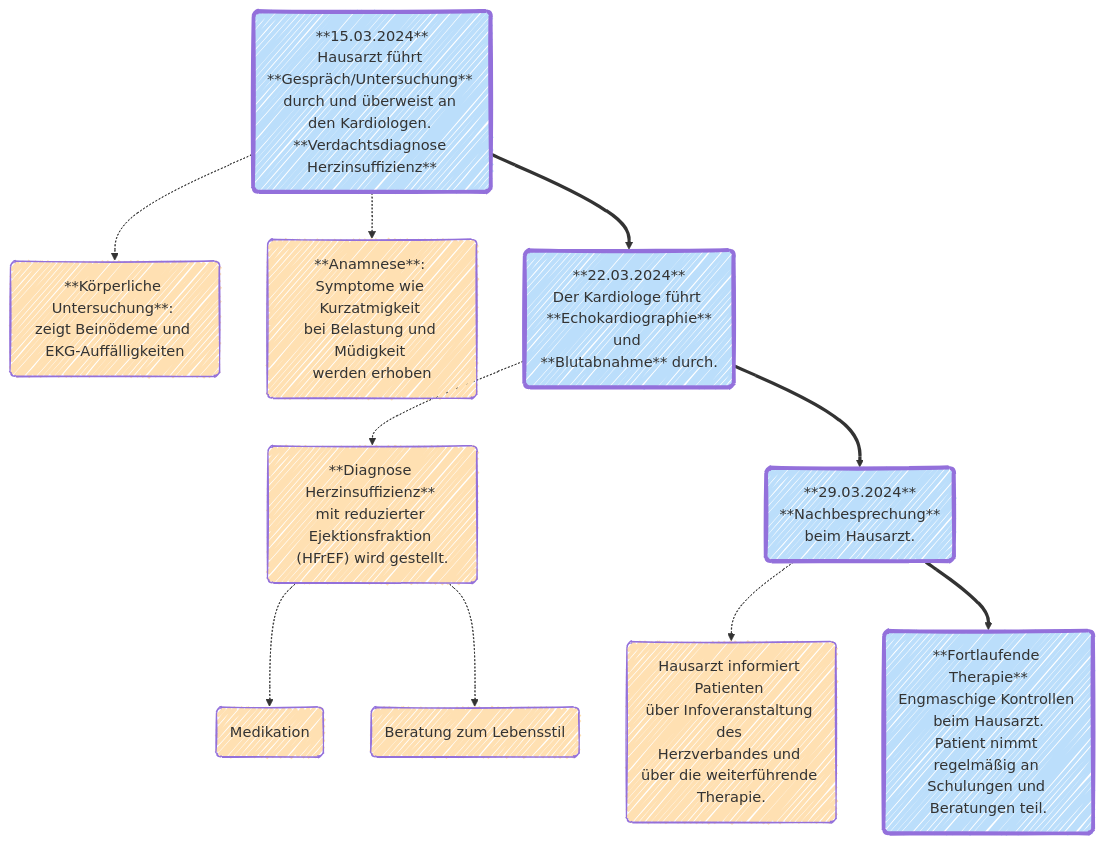
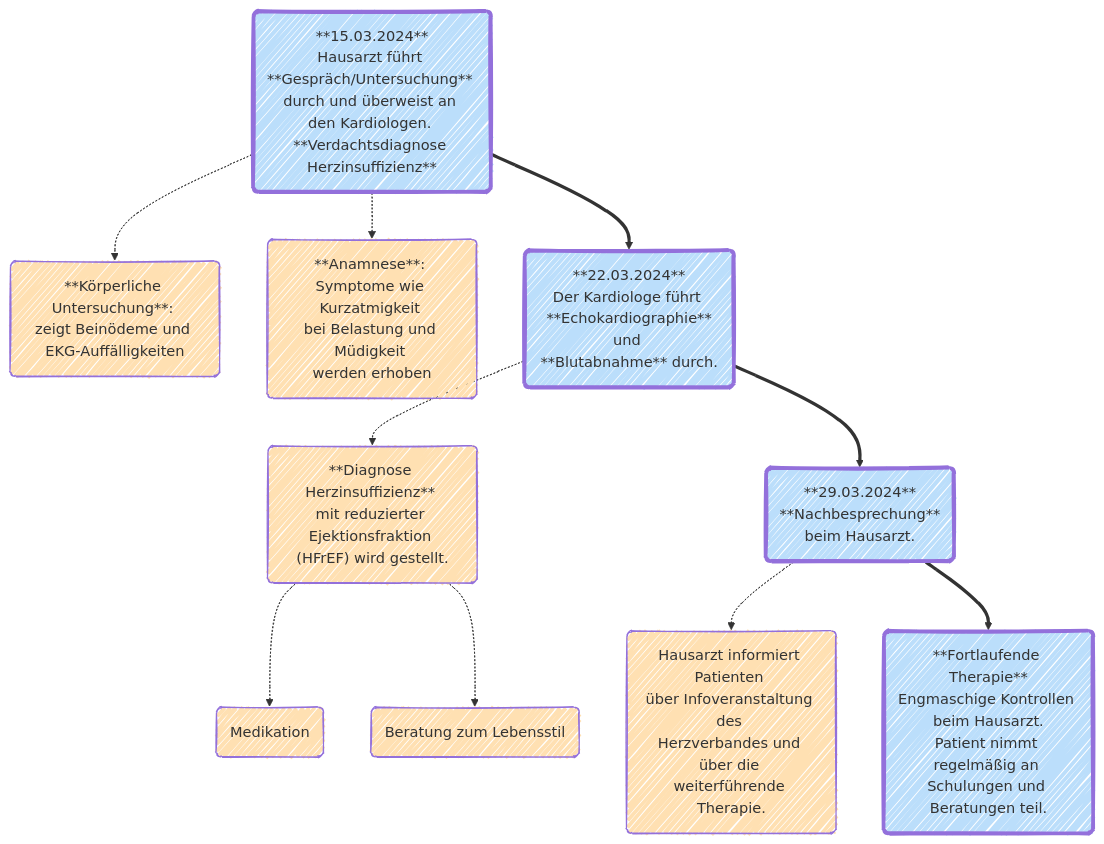
The diagram in input/pagecontent/anwendungsfaelle.md (HL7Austria/ELGA-IV-Herzinsuffizienz-R4), drawn with Mermaid before and after one commit.

Commit message:
Update Mermaid Content

```diff
--- a/input/pagecontent/anwendungsfaelle.md
+++ b/input/pagecontent/anwendungsfaelle.md
@@ -22,30 +22,30 @@
 <pre class="mermaid">
 ---
 config:
   look: handDrawn
   layout: fixed
 ---
 flowchart TD
     A("**15.03.2024**<br/>Hausarzt führt <br/>**Gespräch/Untersuchung** <br/>durch und überweist an <br/>den Kardiologen. <br/>**Verdachtsdiagnose <br/>Herzinsuffizienz**")
     A -.-> a1("**Körperliche Untersuchung**: <br/>zeigt Beinödeme und <br/>EKG-Auffälligkeiten") 
     A -.-> a2("**Anamnese**: <br/>Symptome wie Kurzatmigkeit <br/>bei Belastung und Müdigkeit <br/>werden erhoben")
     A ==> B("**22.03.2024**<br>Der Kardiologe führt <br/> **Echokardiographie** und <br/>**Blutabnahme** durch.") 
     B -.-> b1("**Diagnose Herzinsuffizienz** <br/>mit reduzierter Ejektionsfraktion (HFrEF) wird gestellt.")
     b1 -.-> bb1("Medikation")
     b1 -.-> bb2("Beratung zum Lebensstil")
     B ==> C("**29.03.2024**<br>**Nachbesprechung**<br/>beim Hausarzt.")
-    C -.-> c1("Hausarzt informiert Patienten <br/>über Infoveranstaltung des <br/>Herzverbandes und über die weiterführende Therapie.")
+    C -.-> c1("Hausarzt informiert Patienten <br/>über Infoveranstaltung des <br/>Herzverbandes und über die <br/>weiterführende Therapie.")
     C ==> D("**Fortlaufende Therapie**<br/>Engmaschige Kontrollen <br/>beim Hausarzt.<br/>Patient nimmt regelmäßig an <br/>Schulungen und Beratungen teil.")
     
     %% Styling
     style A fill:#BBDEFB,stroke-width:4px
     style B fill:#BBDEFB,stroke-width:4px
     style C fill:#BBDEFB,stroke-width:4px
     style D fill:#BBDEFB,stroke-width:4px
     style a1 fill:#FFE0B2
     style a2 fill:#FFE0B2
     style b1 fill:#FFE0B2
     style bb1 fill:#FFE0B2
     style bb2 fill:#FFE0B2
     style c1 fill:#FFE0B2
 </pre>  
```
